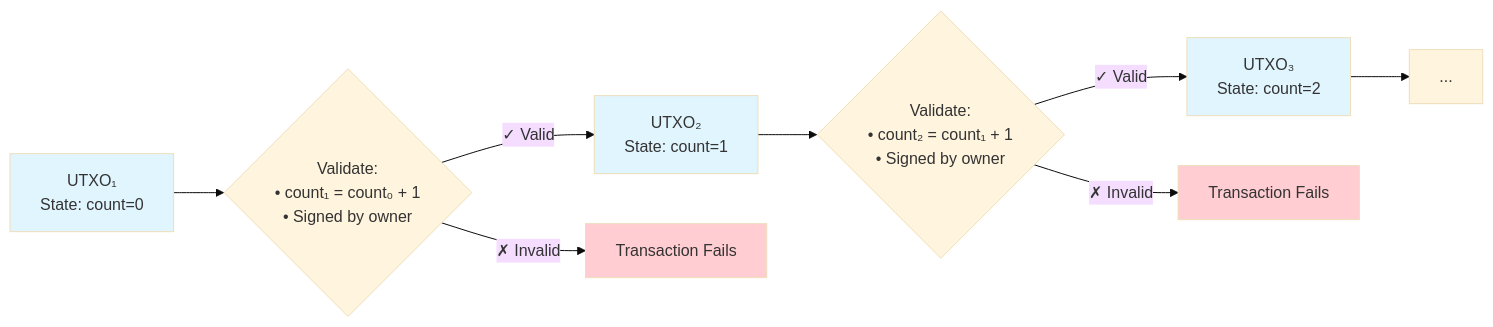
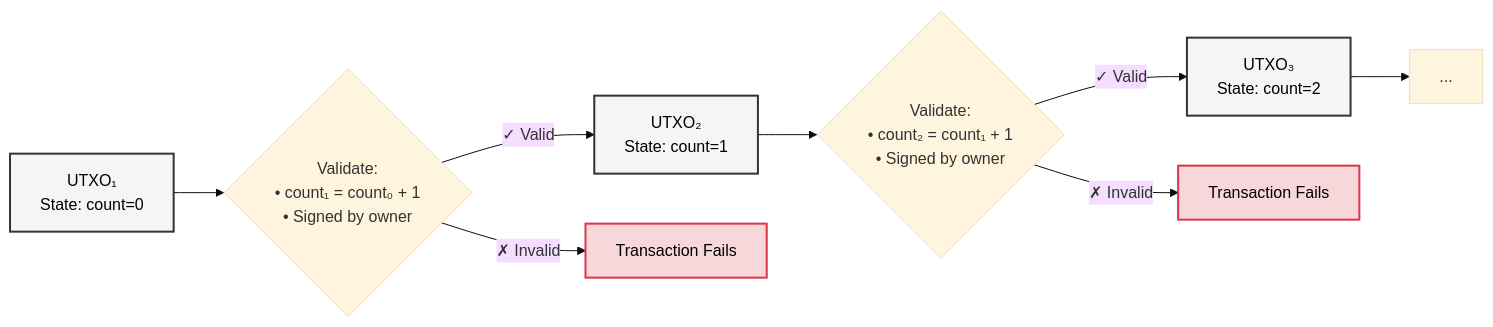
The second of 2 diagrams in docs/smart-contracts/overview.md (cardano-foundation/developer-portal), drawn with Mermaid (base theme) before and after one commit. The commit also changed other lines of this file, not shown here.

Commit message:
mermaid diagrams text color styling

````diff
--- a/docs/smart-contracts/overview.md
+++ b/docs/smart-contracts/overview.md
@@ -226,16 +224,16 @@
 ```mermaid
 flowchart LR
     A[UTXO₁<br/>State: count=0] --> B{Validate:<br/>• count₁ = count₀ + 1<br/>• Signed by owner<br/>}
     B -->|✓ Valid| C[UTXO₂<br/>State: count=1]
     B -->|✗ Invalid| G[Transaction Fails]
     C --> D{Validate:<br/>• count₂ = count₁ + 1<br/>• Signed by owner<br/>}
     D -->|✓ Valid| E[UTXO₃<br/>State: count=2]
     D -->|✗ Invalid| H[Transaction Fails]
     E --> F[...]
 
-    style A fill:#e1f5fe
-    style C fill:#e1f5fe
-    style E fill:#e1f5fe
-    style G fill:#ffcdd2
-    style H fill:#ffcdd2
+    style A fill:#f5f5f5,stroke:#333,stroke-width:2px,color:#000
+    style C fill:#f5f5f5,stroke:#333,stroke-width:2px,color:#000
+    style E fill:#f5f5f5,stroke:#333,stroke-width:2px,color:#000
+    style G fill:#f8d7da,stroke:#dc3545,stroke-width:2px,color:#000
+    style H fill:#f8d7da,stroke:#dc3545,stroke-width:2px,color:#000
 ```
````
